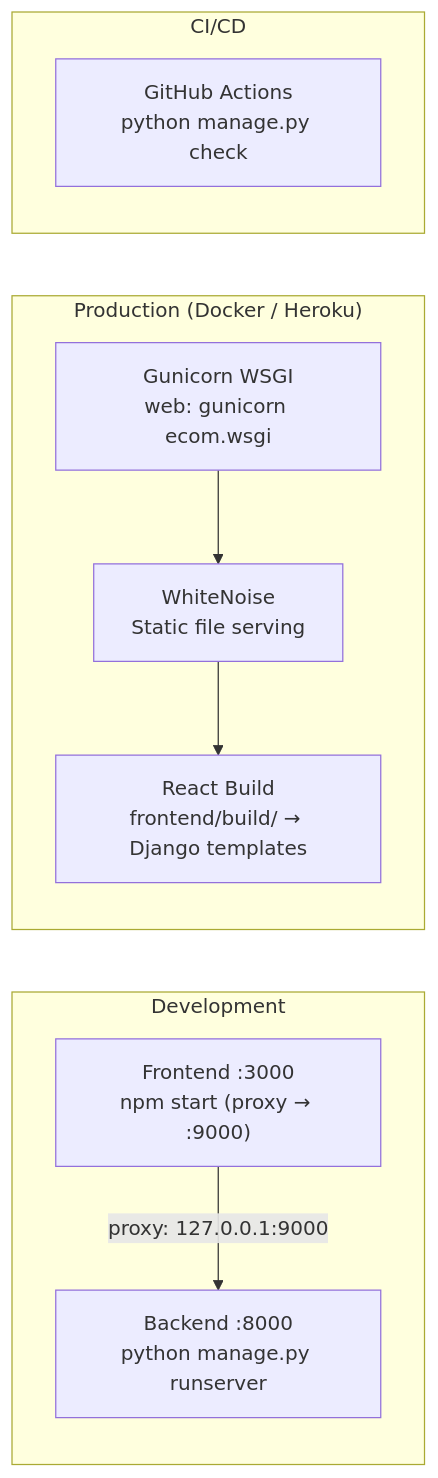
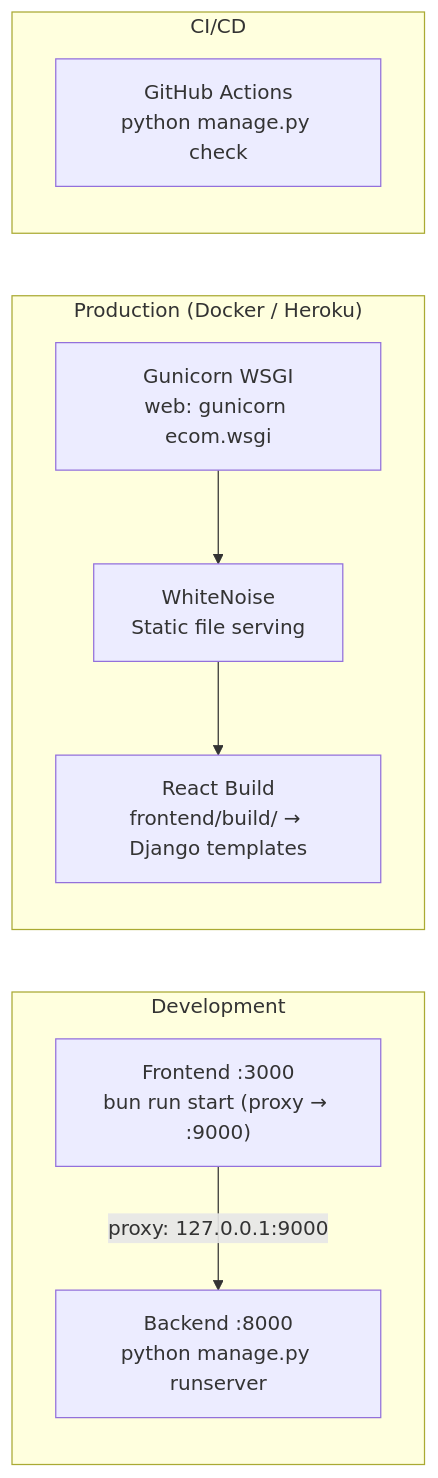
The fifth of 5 diagrams in docs/Project_Architecture/projects/ecom/ecom_architecture.md (rhixecompany/sandbox), drawn with Mermaid before and after one commit. The commit also changed 126 other files, not shown here.

First line of the commit message:
chore: migrate npm/npx → bun/bunx + bun default package manager

````diff
--- a/docs/Project_Architecture/projects/ecom/ecom_architecture.md
+++ b/docs/Project_Architecture/projects/ecom/ecom_architecture.md
@@ -320,21 +320,21 @@
 ```mermaid
 graph LR
     subgraph "Development"
         DevBE["Backend :8000<br/>python manage.py runserver"]
-        DevFE["Frontend :3000<br/>npm start (proxy → :9000)"]
+        DevFE["Frontend :3000<br/>bun run start (proxy → :9000)"]
     end
 
     subgraph "Production (Docker / Heroku)"
         Gunicorn["Gunicorn WSGI<br/>web: gunicorn ecom.wsgi"]
         Static["WhiteNoise<br/>Static file serving"]
         ReactBuild["React Build<br/>frontend/build/ → Django templates"]
     end
     
     subgraph "CI/CD"
         GHA["GitHub Actions<br/>python manage.py check"]
     end
 
     DevFE -- "proxy: 127.0.0.1:9000" --> DevBE
     Gunicorn --> Static
     Static --> ReactBuild
 ```
````
